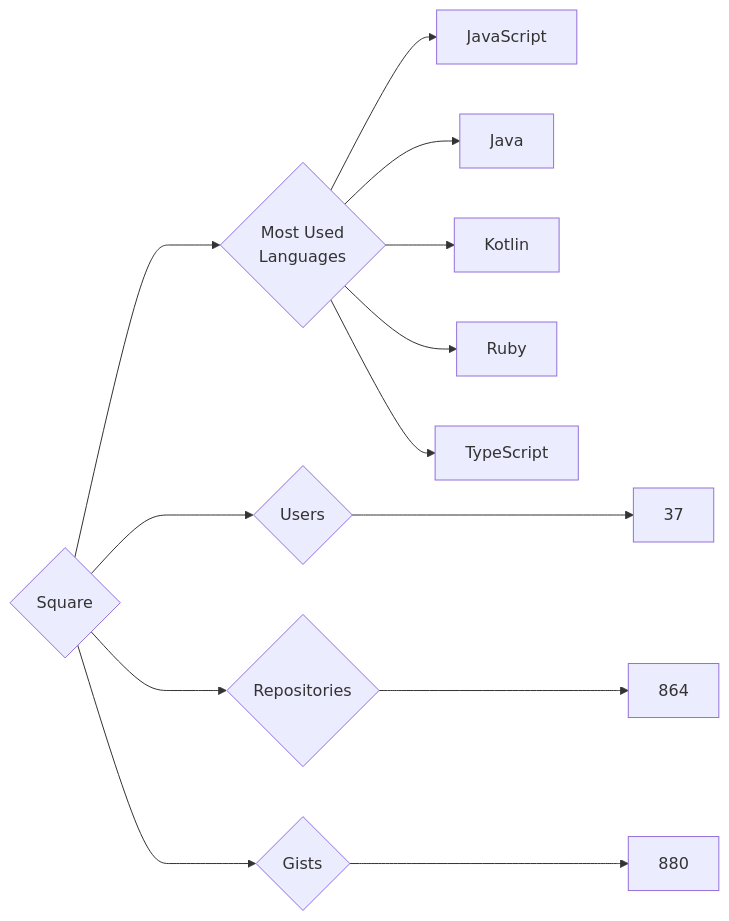
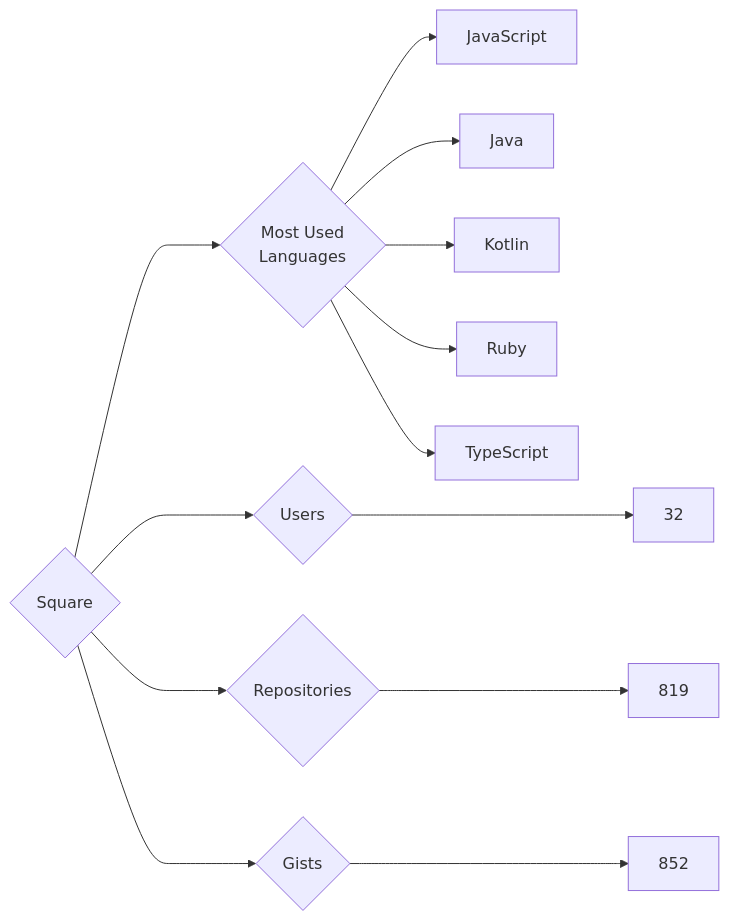
One commit to trickest/insiders changed the diagram in targets/Square/README.md. Above: the diagram before and after it, drawn with Mermaid. The commit also changed 797 other files, not shown here.

````diff
--- a/targets/Square/README.md
+++ b/targets/Square/README.md
@@ -3,13 +3,13 @@
 ```mermaid
 graph LR
 COMPANY_NAME{Square}
-COMPANY_NAME ---> U{Users} ---> UN[37]
-COMPANY_NAME ---> R{Repositories} ---> RN[864]
-COMPANY_NAME ---> G{Gists} ---> GN[880]
+COMPANY_NAME ---> U{Users} ---> UN[32]
+COMPANY_NAME ---> R{Repositories} ---> RN[819]
+COMPANY_NAME ---> G{Gists} ---> GN[852]
 COMPANY_NAME ---> ML{Most Used<br>Languages}
 ML --> JavaScript[JavaScript]
 ML --> Java[Java]
 ML --> Kotlin[Kotlin]
 ML --> Ruby[Ruby]
 ML --> TypeScript[TypeScript]
 ```
````
